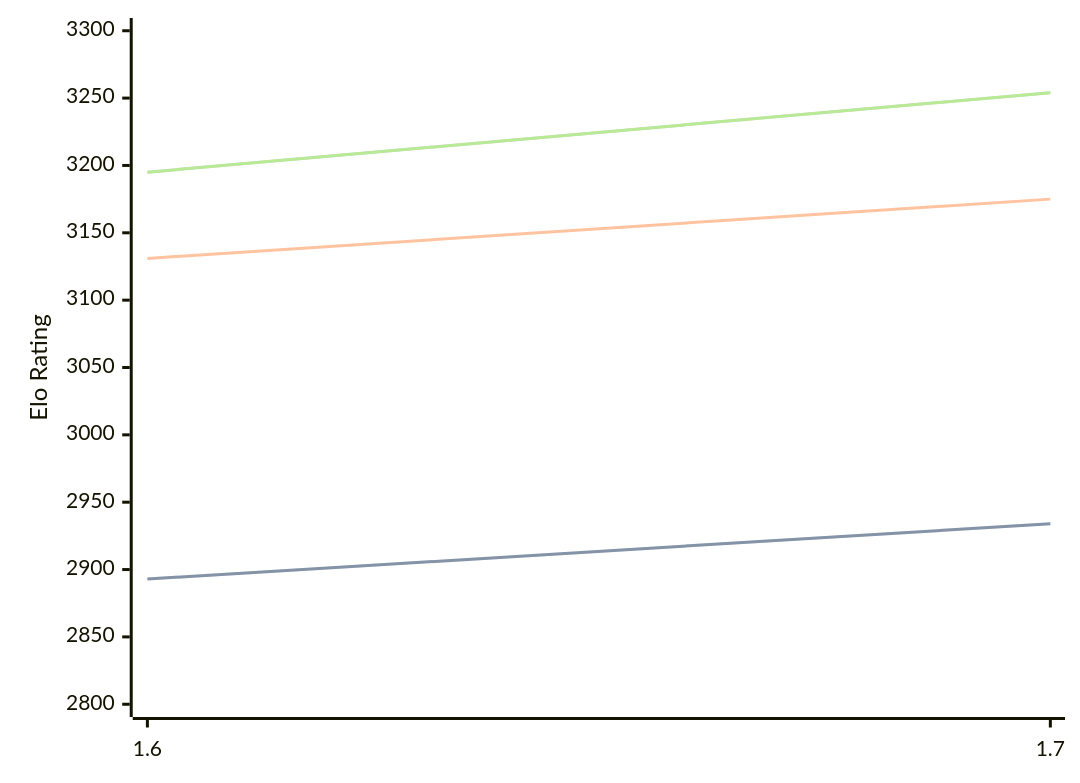
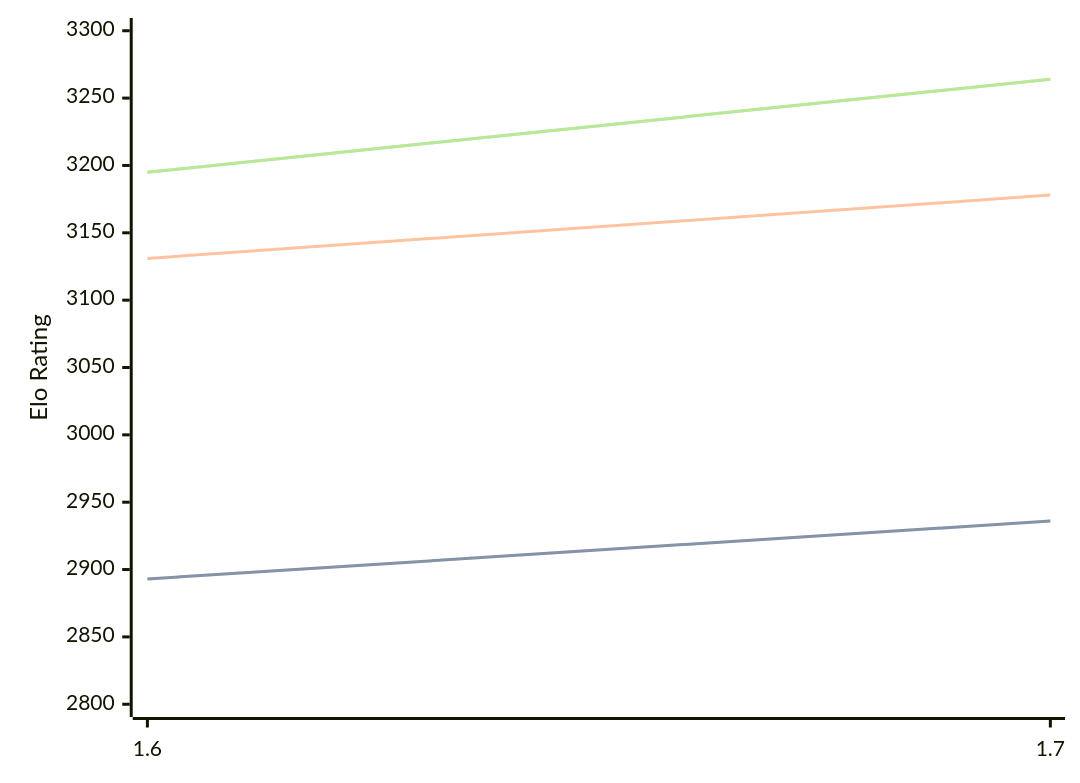
Before and after one commit to computer-chess-index/cci: the diagram in engines/Bitbit.md, drawn with Mermaid. The commit also changed other lines of this file, not shown here.

Commit message:
Update CCI Ratings (ELO VLTC) - 2026-08-07

````diff
--- a/engines/Bitbit.md
+++ b/engines/Bitbit.md
@@ -32,11 +32,11 @@
 ```mermaid
 %%{init: {"theme":"base","themeVariables":{"seriesColors:['#a3a3a3','#222221','#faa371']}}}%%
 xychart-beta
   x-axis ["1.6", "1.7"]
   y-axis "Elo Rating" 2800 --> 3300
-  line "STC (8.0+0.08s)" [2893, 2934]
-  line "STC (8.0+0.08s)" [2893, 2934]
-  line "LTC (60.0+0.60s)" [3131, 3175]
-  line "VLTC (2m24s+1.12s)" [3195, 3254]
-  line "VLTC (2m24s+1.12s)" [3195, 3254]
+  line "STC (8.0+0.08s)" [2893, 2936]
+  line "STC (8.0+0.08s)" [2893, 2936]
+  line "LTC (60.0+0.60s)" [3131, 3178]
+  line "VLTC (2m24s+1.12s)" [3195, 3264]
+  line "VLTC (2m24s+1.12s)" [3195, 3264]
 ```
````
